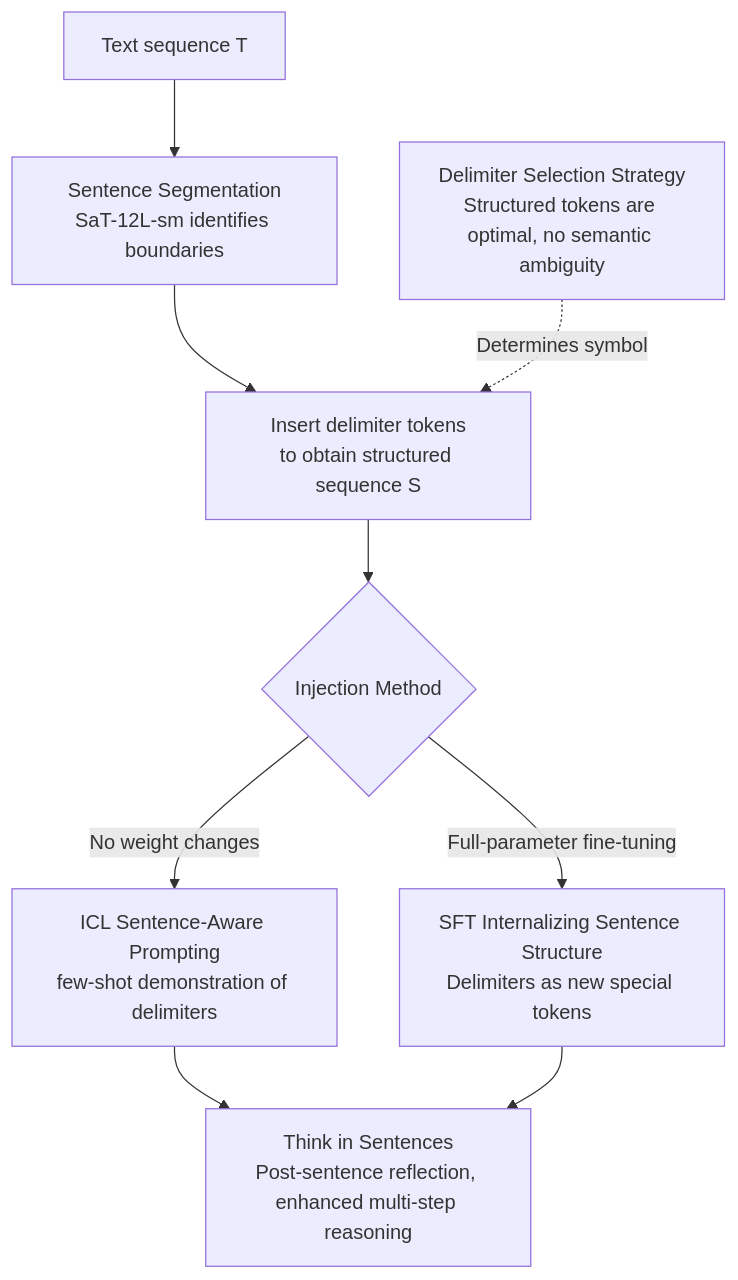
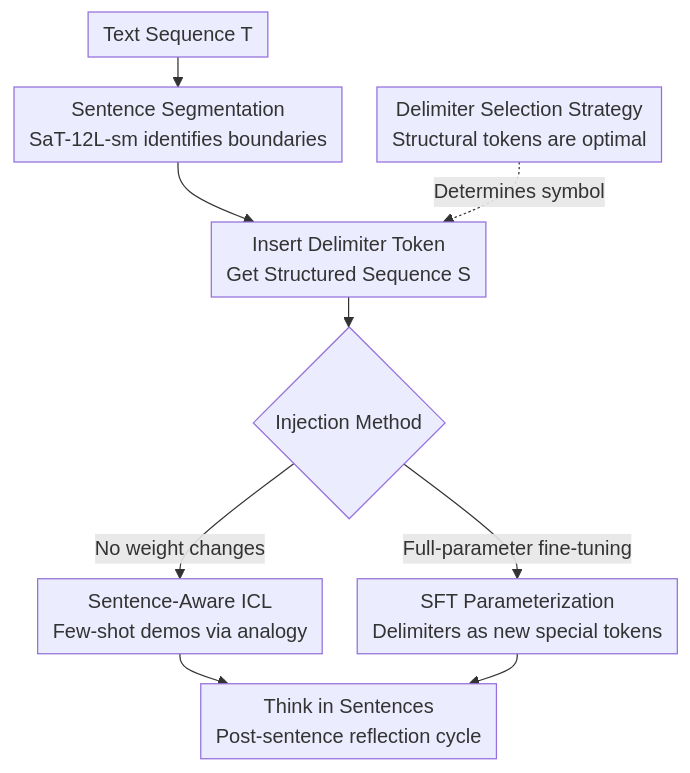
The diagram in docs/ACL2026/llm_nlp/think_in_sentences_explicit_sentence_boundaries_enhance_language_model39s_capabi.md (zhaoyang97/Paper-Notes-en), drawn with Mermaid before and after one commit. The commit also changed other lines of this file and 5084 other files, not shown here.

````diff
--- a/docs/ACL2026/llm_nlp/think_in_sentences_explicit_sentence_boundaries_enhance_language_model39s_capabi.md
+++ b/docs/ACL2026/llm_nlp/think_in_sentences_explicit_sentence_boundaries_enhance_language_model39s_capabi.md
@@ -44,11 +44,12 @@
 ```mermaid
-graph TD
-    A["Text sequence T"] --> B["Sentence Segmentation<br/>SaT-12L-sm identifies boundaries"]
-    B --> C["Insert delimiter tokens<br/>to obtain structured sequence S"]
-    SEL["Delimiter Selection Strategy<br/>Structured tokens are optimal, no semantic ambiguity"] -.->|Determines symbol| C
+%%{init: {'flowchart': {'rankSpacing': 24, 'nodeSpacing': 28, 'padding': 6, 'wrappingWidth': 400}}}%%
+flowchart TD
+    A["Text Sequence T"] --> B["Sentence Segmentation<br/>SaT-12L-sm identifies boundaries"]
+    B --> C["Insert Delimiter Token<br/>Get Structured Sequence S"]
+    SEL["Delimiter Selection Strategy<br/>Structural tokens are optimal"] -.->|Determines symbol| C
     C --> D{Injection Method}
-    D -->|No weight changes| E["ICL Sentence-Aware Prompting<br/>few-shot demonstration of delimiters"]
-    D -->|Full-parameter fine-tuning| F["SFT Internalizing Sentence Structure<br/>Delimiters as new special tokens"]
-    E --> G["Think in Sentences<br/>Post-sentence reflection, enhanced multi-step reasoning"]
+    D -->|No weight changes| E["Sentence-Aware ICL<br/>Few-shot demos via analogy"]
+    D -->|Full-parameter fine-tuning| F["SFT Parameterization<br/>Delimiters as new special tokens"]
+    E --> G["Think in Sentences<br/>Post-sentence reflection cycle"]
     F --> G
 ```
````
